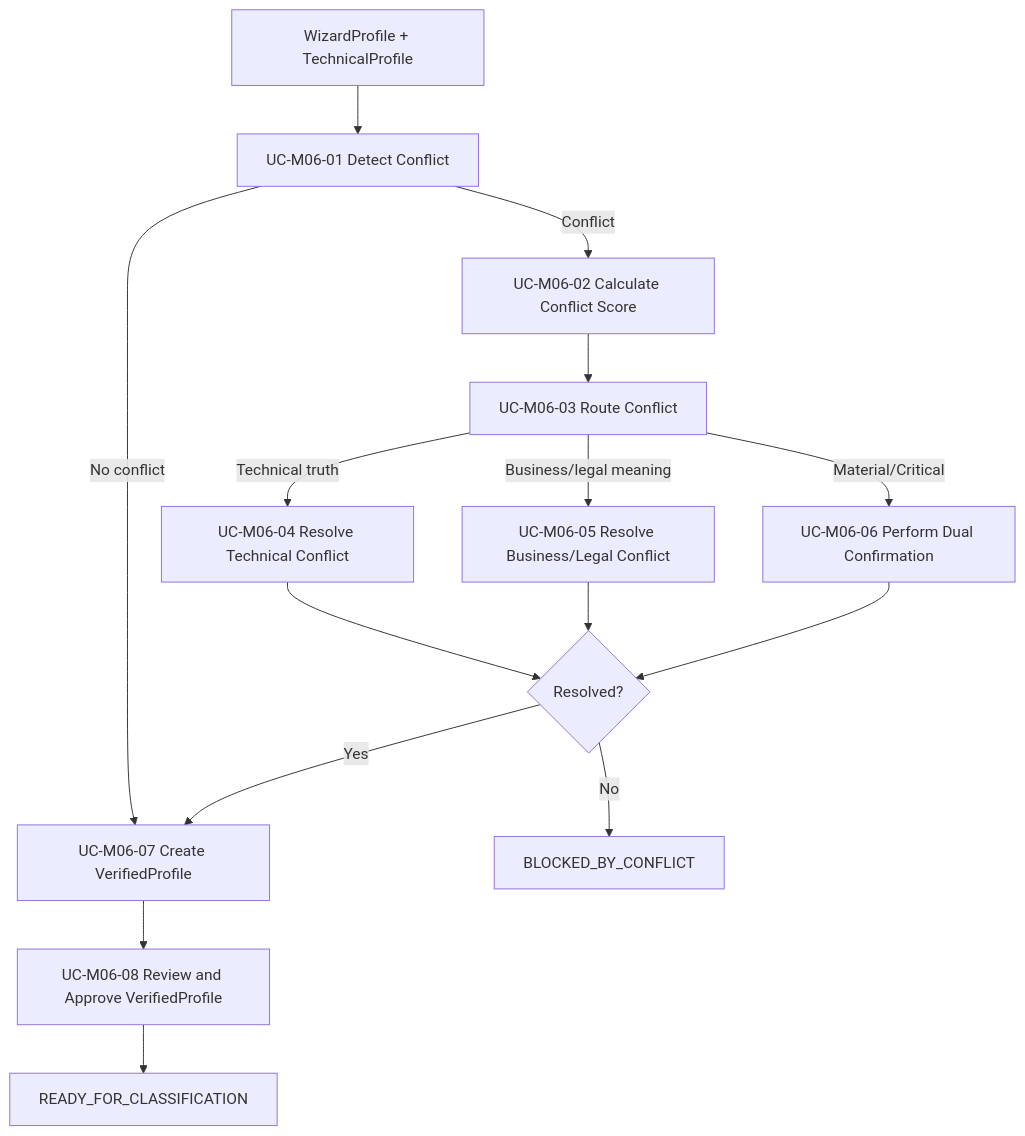
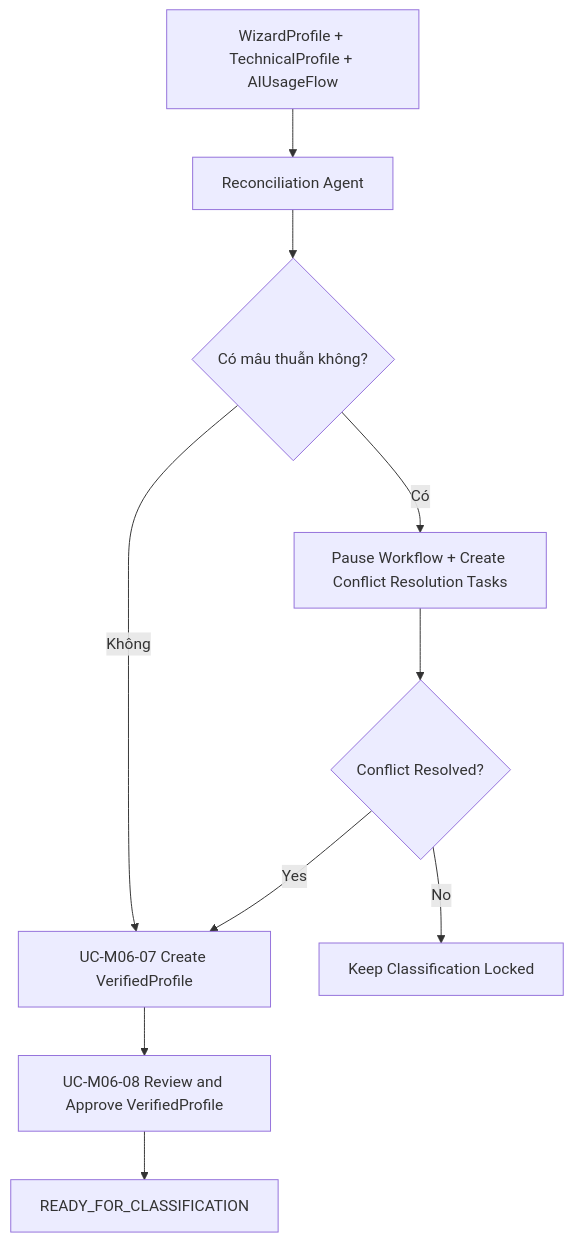
One commit to khovan123/LCSP changed the ninth of 14 diagrams in docs/design/flowcharts.md. Above: the diagram before and after it, drawn with Mermaid. The commit also changed other lines of this file and 122 other files, not shown here.

````diff
--- a/docs/design/flowcharts.md
+++ b/docs/design/flowcharts.md
@@ -116,17 +174,12 @@
 ```mermaid
 flowchart TD
-  A[WizardProfile + TechnicalProfile] --> B[UC-M06-01 Detect Conflict]
-  B -->|No conflict| C[UC-M06-07 Create VerifiedProfile]
-  B -->|Conflict| D[UC-M06-02 Calculate Conflict Score]
-  D --> E[UC-M06-03 Route Conflict]
-  E -->|Technical truth| F[UC-M06-04 Resolve Technical Conflict]
-  E -->|Business/legal meaning| G[UC-M06-05 Resolve Business/Legal Conflict]
-  E -->|Material/Critical| H[UC-M06-06 Perform Dual Confirmation]
-  F --> I{Resolved?}
-  G --> I
-  H --> I
-  I -->|No| J[BLOCKED_BY_CONFLICT]
-  I -->|Yes| C
-  C --> K[UC-M06-08 Review and Approve VerifiedProfile]
-  K --> L[READY_FOR_CLASSIFICATION]
+  A[WizardProfile + TechnicalProfile + AIUsageFlow] --> B[Reconciliation Agent]
+  B --> C{Có mâu thuẫn không?}
+  C -->|Không| D[UC-M06-07 Create VerifiedProfile]
+  C -->|Có| E[Pause Workflow + Create Conflict Resolution Tasks]
+  E --> F{Conflict Resolved?}
+  F -->|No| G[Keep Classification Locked]
+  F -->|Yes| D
+  D --> H[UC-M06-08 Review and Approve VerifiedProfile]
+  H --> I[READY_FOR_CLASSIFICATION]
 ```
````
